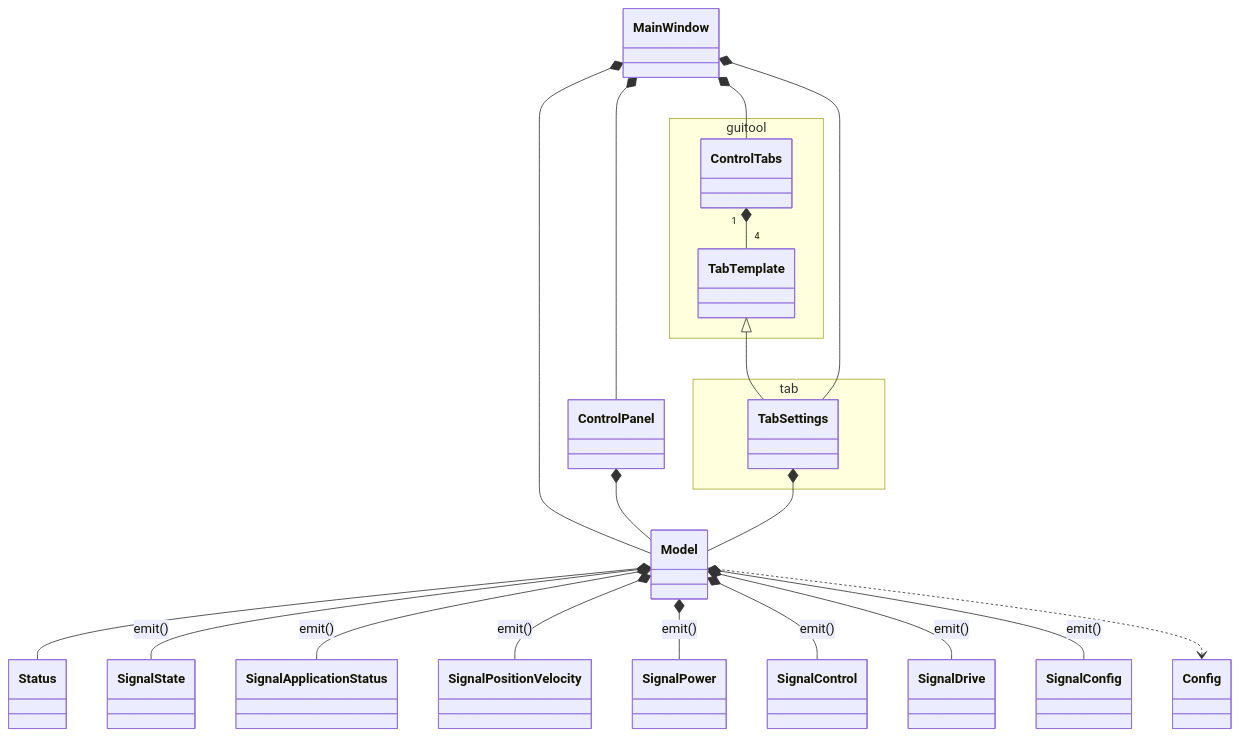
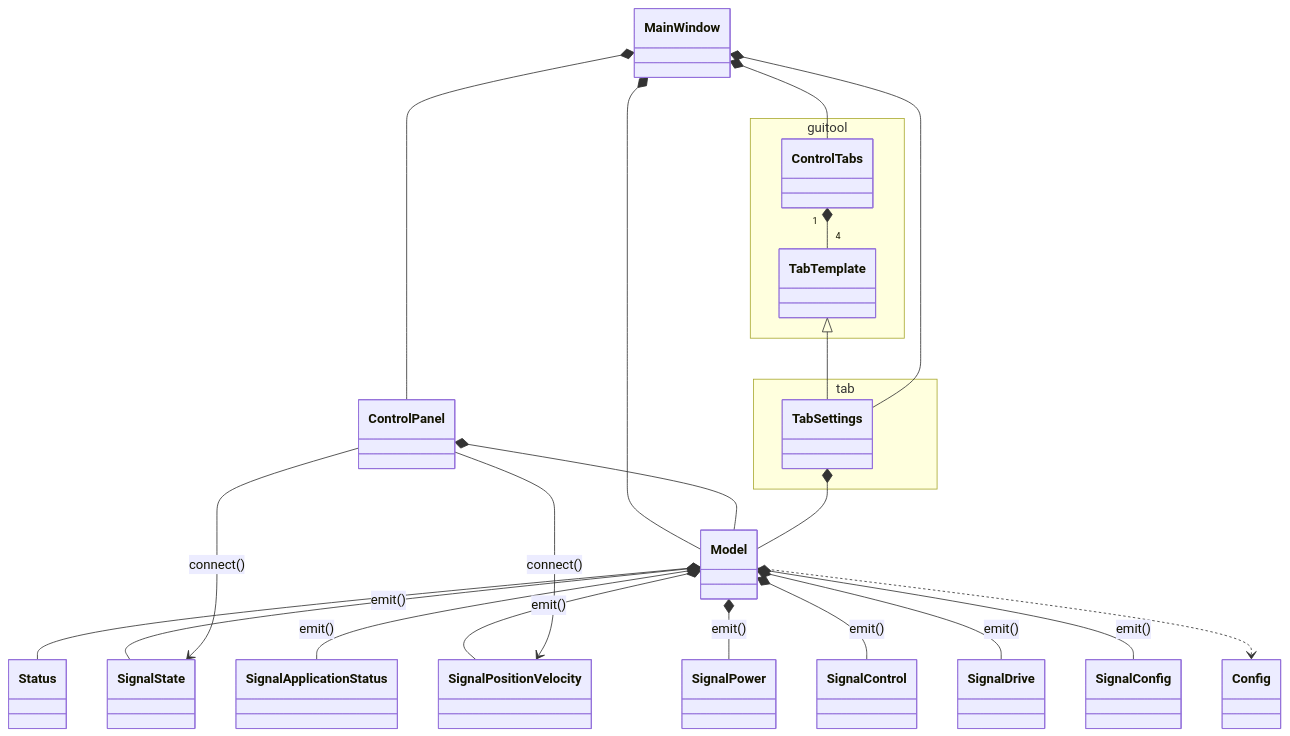
The diagram in doc/uml/class_rotgui.mmd (lsst-ts/ts_rotgui), drawn with Mermaid before and after one commit. The commit also changed 9 other files, not shown here.

```diff
--- a/doc/uml/class_rotgui.mmd
+++ b/doc/uml/class_rotgui.mmd
@@ -1,33 +1,35 @@
 classDiagram
 
 namespace guitool {
   class ControlTabs
   class TabTemplate
 }
 
 namespace tab {
   class TabSettings
 }
 
 TabTemplate <|-- TabSettings
 
 MainWindow *-- Model
 MainWindow *-- ControlTabs
 MainWindow *-- ControlPanel
 MainWindow *-- TabSettings
 
 Model *-- Status
 Model *-- SignalState : emit()
 Model *-- SignalApplicationStatus : emit()
 Model *-- SignalPositionVelocity : emit()
 Model *-- SignalPower : emit()
 Model *-- SignalControl : emit()
 Model *-- SignalDrive : emit()
 Model *-- SignalConfig : emit()
 Model ..> Config
 
 ControlPanel *-- Model
+ControlPanel --> SignalState : connect()
+ControlPanel --> SignalPositionVelocity : connect()
 
 TabSettings *-- Model
 
 ControlTabs "1" *-- "4" TabTemplate
```
